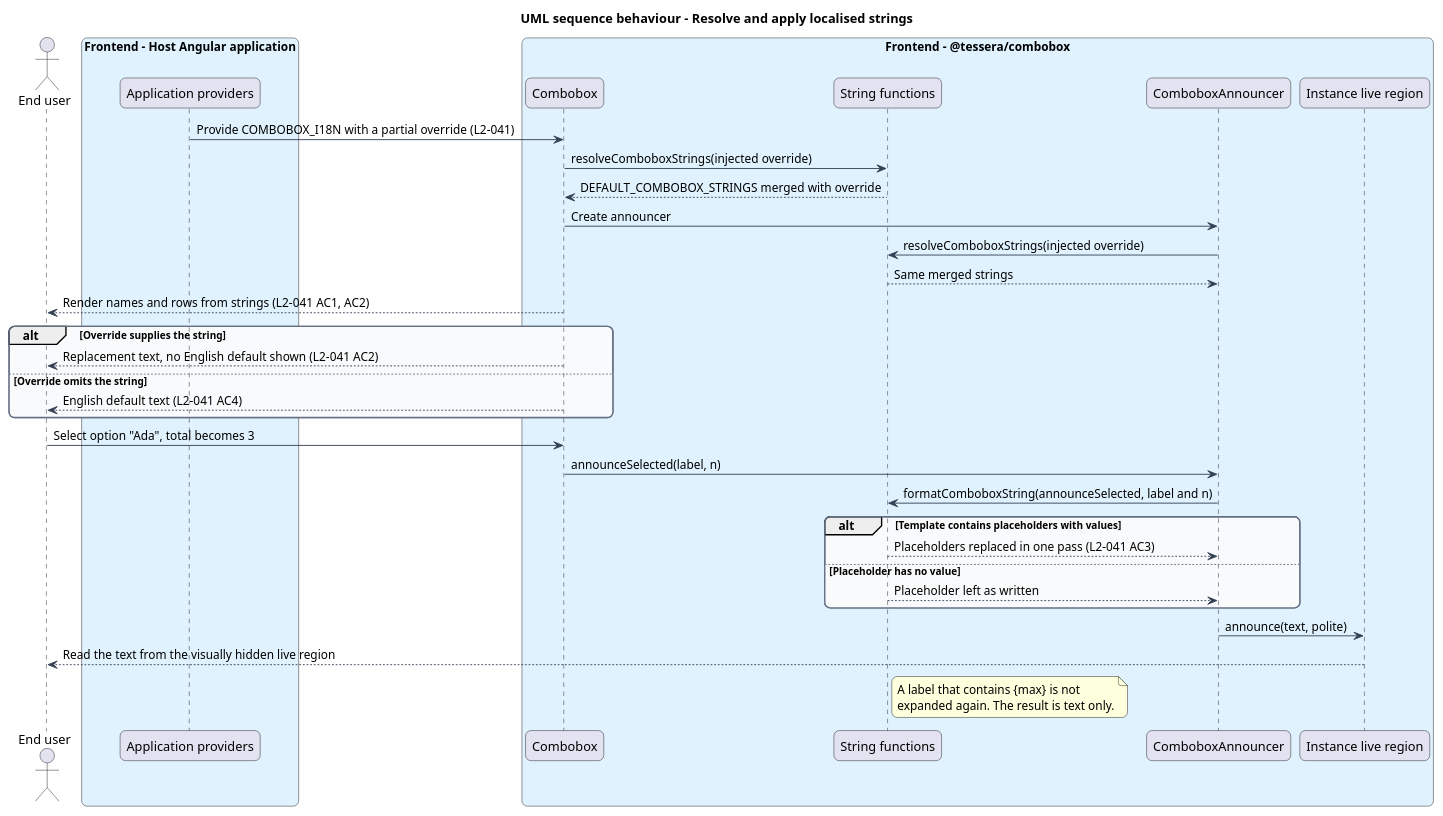
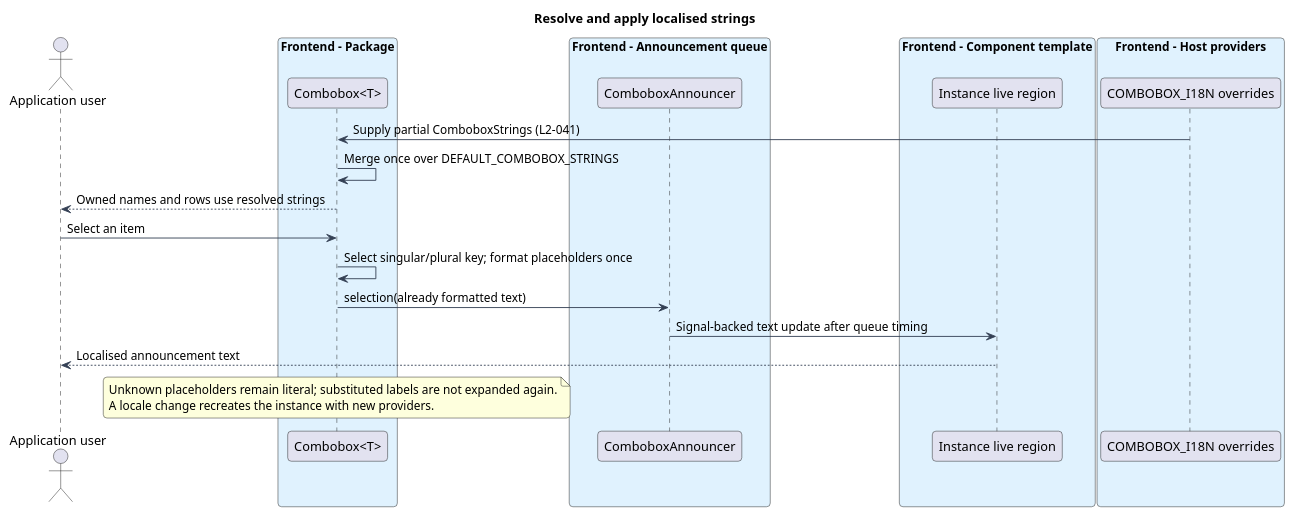
One commit to QuinntyneBrown/Tessera changed the diagram in docs/detailed-designs/combobox/customize-and-localise/diagrams/sequence-localise.puml. Above: the diagram before and after it, drawn with PlantUML. The commit also changed 194 other files, not shown here.

```diff
--- a/docs/detailed-designs/combobox/customize-and-localise/diagrams/sequence-localise.puml
+++ b/docs/detailed-designs/combobox/customize-and-localise/diagrams/sequence-localise.puml
@@ -1,54 +1,40 @@
 @startuml
-title UML sequence behaviour - Resolve and apply localised strings
 skinparam backgroundColor #FFFFFF
 skinparam shadowing false
-skinparam roundcorner 12
+skinparam roundcorner 8
 skinparam defaultFontName Arial
 skinparam ArrowColor #344054
-skinparam rectangle {
+skinparam class {
   BorderColor #344054
-  FontColor #101828
-}
-skinparam package {
-  BorderColor #667085
   FontColor #101828
   BackgroundColor #F9FAFB
 }
-actor "End user" as user
-box "Frontend - Host Angular application" #E0F2FE
-  participant "Application providers" as host
+title Resolve and apply localised strings
+actor "Application user" as user
+box "Frontend - Package" #E0F2FE
+  participant "Combobox<T>" as cb
 end box
-box "Frontend - @tessera/combobox" #E0F2FE
-  participant "Combobox" as cb
-  participant "String functions" as fn
+box "Frontend - Announcement queue" #E0F2FE
   participant "ComboboxAnnouncer" as ann
+end box
+box "Frontend - Component template" #E0F2FE
   participant "Instance live region" as live
 end box
+box "Frontend - Host providers" #E0F2FE
+  participant "COMBOBOX_I18N overrides" as host
+end box
 
-host -> cb : Provide COMBOBOX_I18N with a partial override (L2-041)
-cb -> fn : resolveComboboxStrings(injected override)
-fn --> cb : DEFAULT_COMBOBOX_STRINGS merged with override
-cb -> ann : Create announcer
-ann -> fn : resolveComboboxStrings(injected override)
-fn --> ann : Same merged strings
-cb --> user : Render names and rows from strings (L2-041 AC1, AC2)
-alt Override supplies the string
-  cb --> user : Replacement text, no English default shown (L2-041 AC2)
-else Override omits the string
-  cb --> user : English default text (L2-041 AC4)
-end
-user -> cb : Select option "Ada", total becomes 3
-cb -> ann : announceSelected(label, n)
-ann -> fn : formatComboboxString(announceSelected, label and n)
-alt Template contains placeholders with values
-  fn --> ann : Placeholders replaced in one pass (L2-041 AC3)
-else Placeholder has no value
-  fn --> ann : Placeholder left as written
-end
-ann -> live : announce(text, polite)
-live --> user : Read the text from the visually hidden live region
-note right of fn
-  A label that contains {max} is not
-  expanded again. The result is text only.
+
+host -> cb : Supply partial ComboboxStrings (L2-041)
+cb -> cb : Merge once over DEFAULT_COMBOBOX_STRINGS
+cb --> user : Owned names and rows use resolved strings
+user -> cb : Select an item
+cb -> cb : Select singular/plural key; format placeholders once
+cb -> ann : selection(already formatted text)
+ann -> live : Signal-backed text update after queue timing
+live --> user : Localised announcement text
+note over cb
+  Unknown placeholders remain literal; substituted labels are not expanded again.
+  A locale change recreates the instance with new providers.
 end note
 @enduml
```
